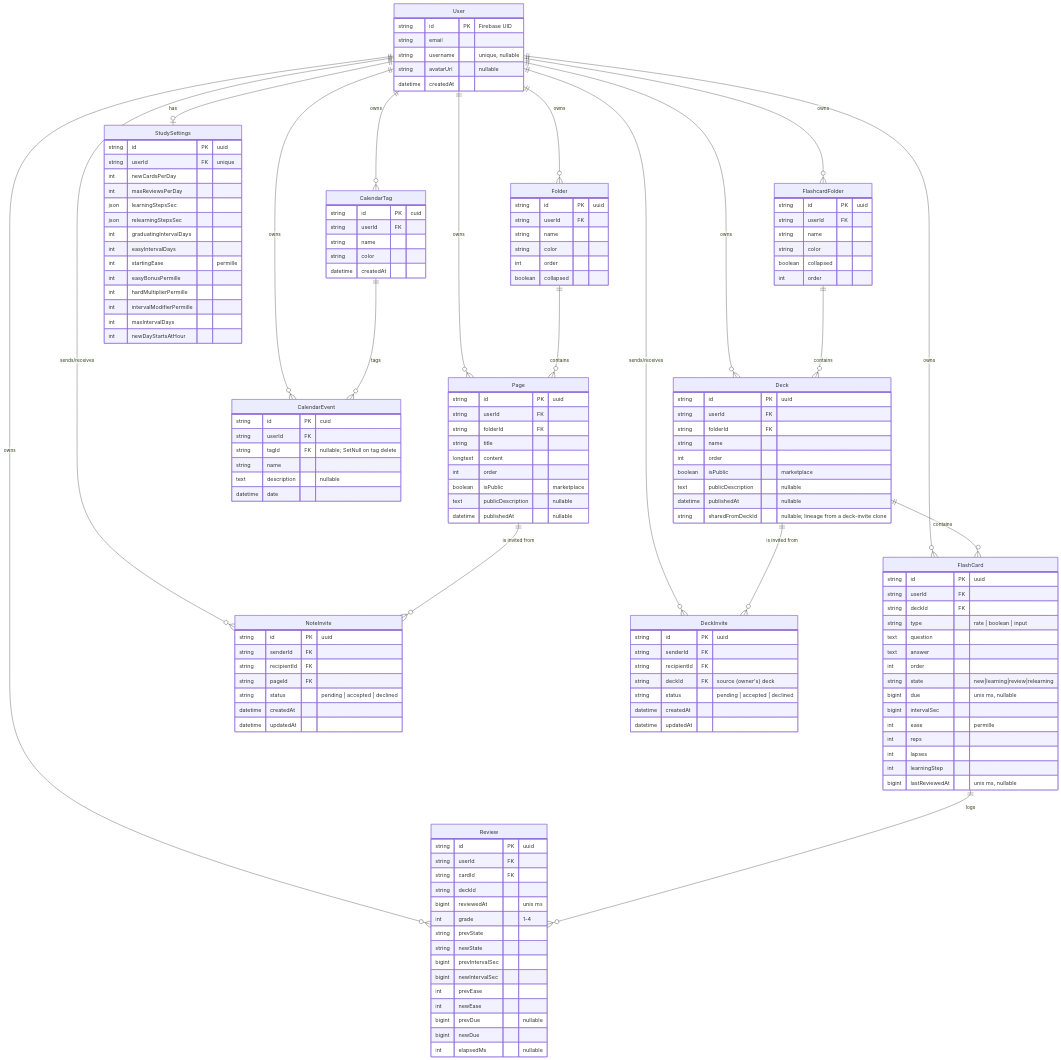
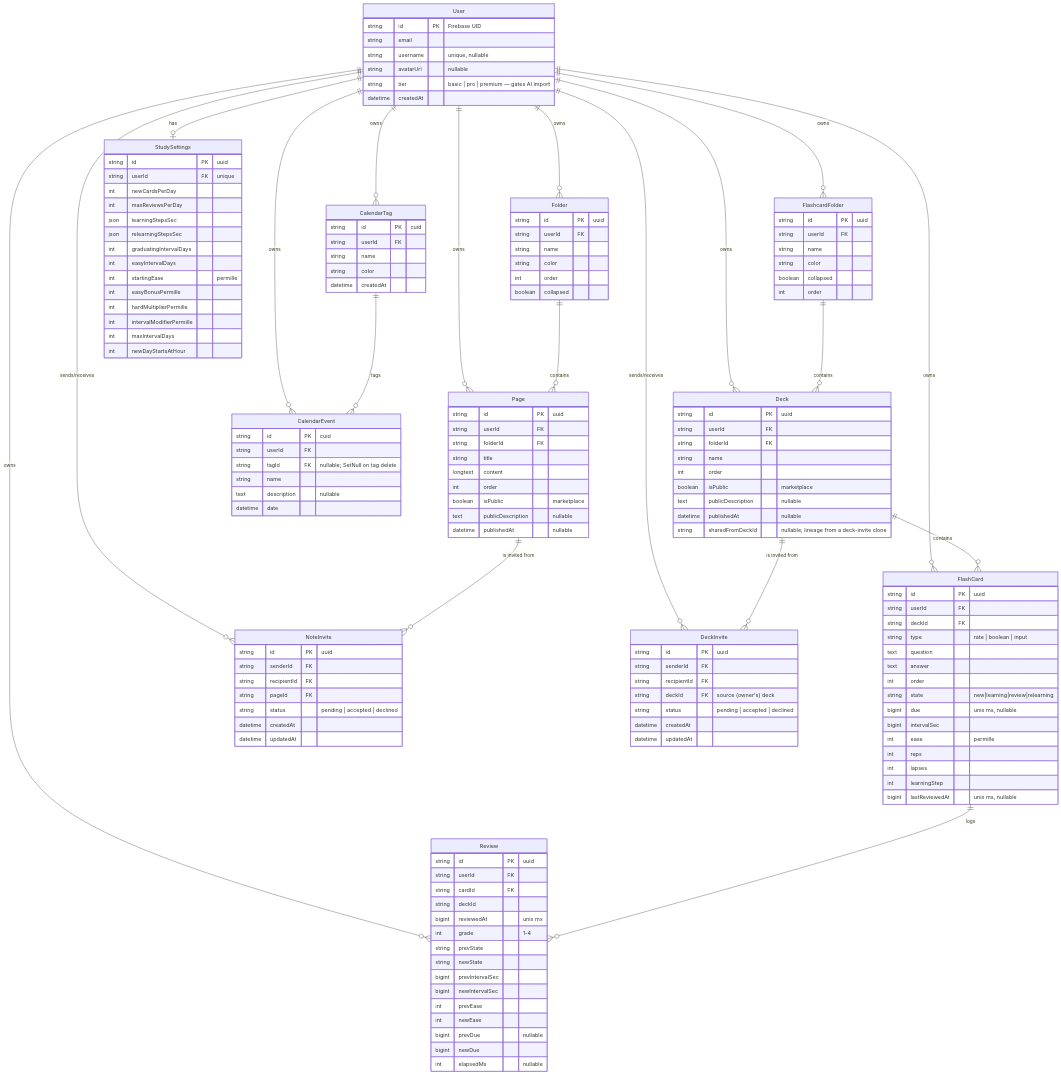
One commit to verclukacode/FERINoteDeck changed the first of 6 diagrams in backend/docs/SETUP.md. Above: the diagram before and after it, drawn with Mermaid. The commit also changed other lines of this file and 9 other files, not shown here.

```diff
--- a/backend/docs/SETUP.md
+++ b/backend/docs/SETUP.md
@@ -168,6 +173,7 @@
         string email
         string username "unique, nullable"
         string avatarUrl "nullable"
+        string tier "basic | pro | premium — gates AI import"
         datetime createdAt
     }
     Folder {
```
